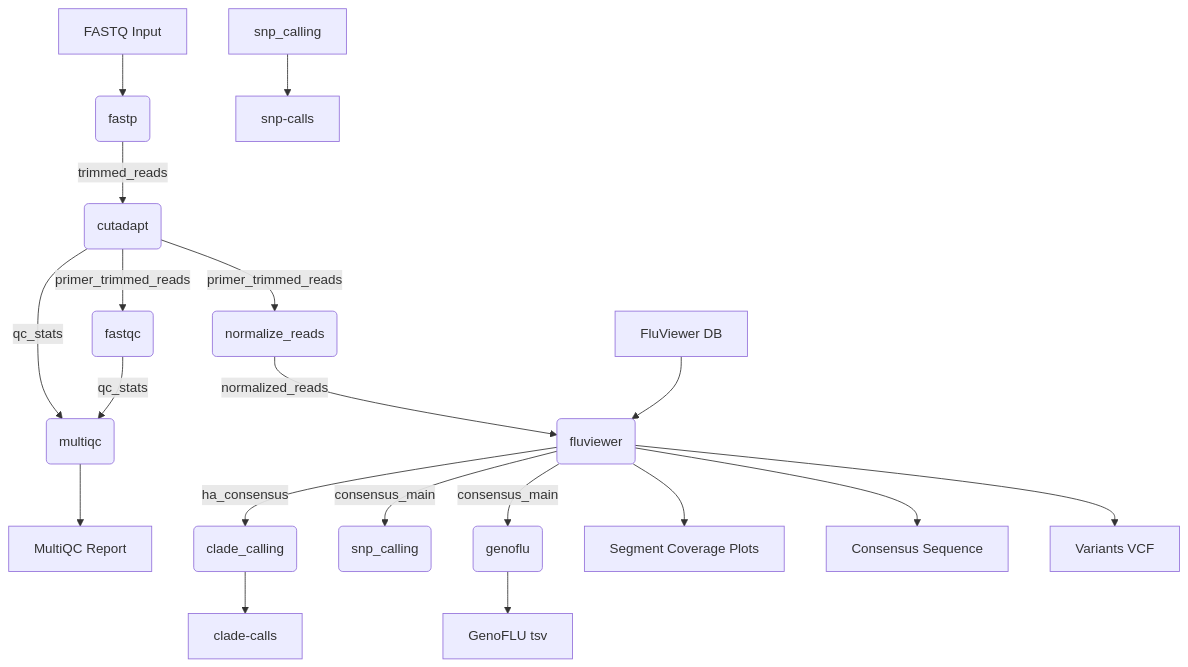
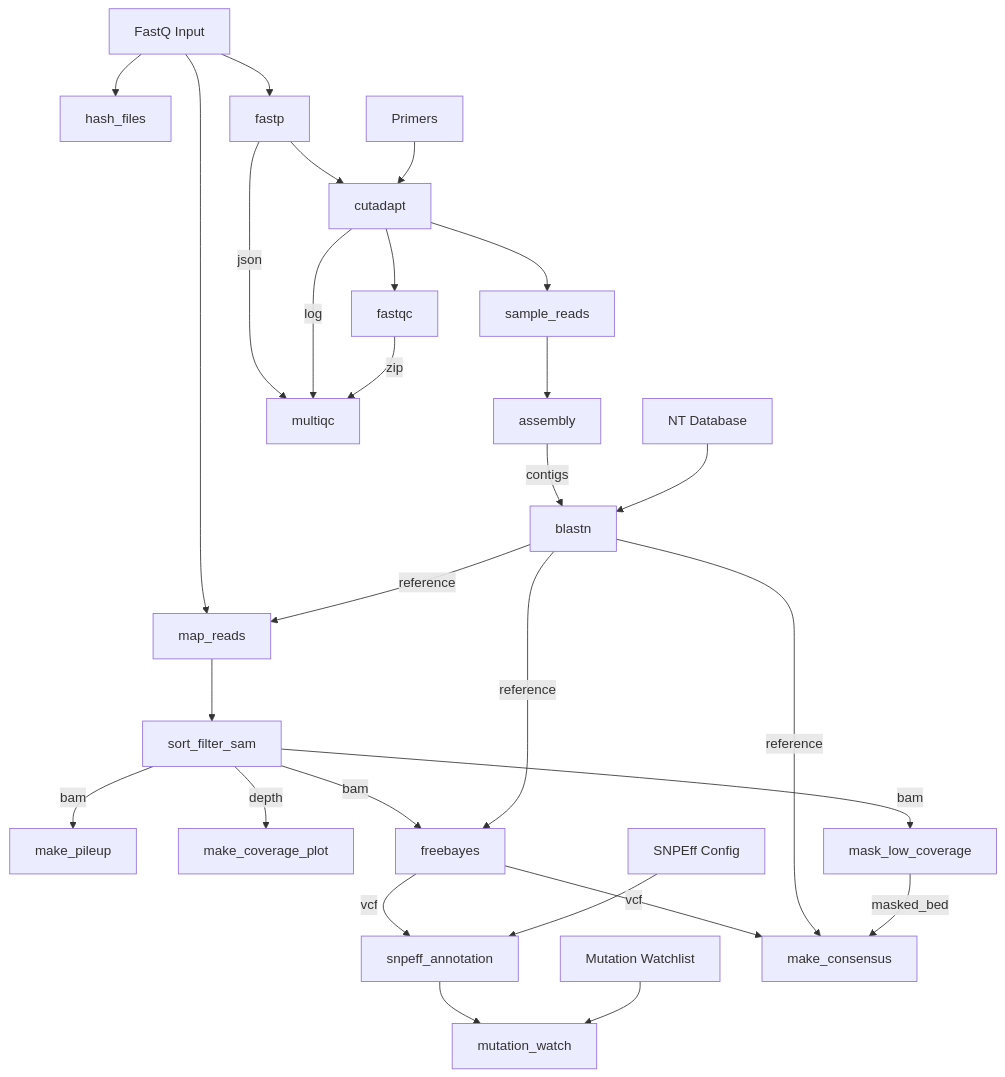
One commit to BCCDC-PHL/fluviewer-nf changed the diagram in README.md. Above: the diagram before and after it, drawn with Mermaid. The commit also changed other lines of this file, not shown here.

````diff
--- a/README.md
+++ b/README.md
@@ -20,21 +17,40 @@
 ```mermaid
 flowchart TD
-  fastq_input[FASTQ Input] --> fastp(fastp)
-  fastp -- trimmed_reads --> cutadapt(cutadapt)
-  cutadapt -- qc_stats --> multiqc(multiqc)
-  cutadapt -- primer_trimmed_reads --> fastqc(fastqc)
-  fastqc -- qc_stats --> multiqc
-  multiqc --> multiqc_report[MultiQC Report]
-  cutadapt -- primer_trimmed_reads --> normalize_reads(normalize_reads)
-  normalize_reads -- normalized_reads --> fluviewer(fluviewer)
-  fluviewer_db[FluViewer DB] --> fluviewer
-  fluviewer  -- ha_consensus --> clade_calling(clade_calling)
-  clade_calling --> clade_calls[clade-calls]
-  fluviewer -- consensus_main --> snp_caling(snp_calling)
-  snp_calling --> snp_calls[snp-calls]
-  fluviewer -- consensus_main --> genoflu(genoflu)
-  fluviewer -->  segment_coverage_plots[Segment Coverage Plots]
-  fluviewer --> consensus_sequence[Consensus Sequence]
-  fluviewer --> variants[Variants VCF]
-  genoflu --> genoflu_tsv[GenoFLU tsv]
+    %% Input channels and initial processes
+    input[FastQ Input] --> hash[hash_files]
+    input --> fastp
+    fastp --> cutadapt
+    primers[Primers] --> cutadapt
+    cutadapt --> fastqc
+    cutadapt --> sample_reads
+    sample_reads --> assembly
+
+    %% MultiQC inputs
+    fastp -- json --> multiqc
+    cutadapt -- log --> multiqc
+    fastqc -- zip --> multiqc
+
+    %% Reference mapping and variant calling
+    assembly -- contigs --> blastn
+    nt_db[NT Database] --> blastn
+    input --> map_reads
+    blastn -- reference --> map_reads
+    map_reads --> sort_filter_sam
+    sort_filter_sam -- bam --> make_pileup
+    sort_filter_sam -- depth --> make_coverage_plot
+    sort_filter_sam -- bam --> freebayes
+    blastn -- reference --> freebayes
+    
+    %% SNPEff annotation
+    freebayes -- vcf --> snpeff_annotation
+    snpeff_config[SNPEff Config] --> snpeff_annotation
+    snpeff_annotation --> mutation_watch
+    mutation_watchlist[Mutation Watchlist] --> mutation_watch
+
+    %% Consensus generation
+    sort_filter_sam -- bam --> mask_low_coverage
+    freebayes -- vcf --> make_consensus
+    blastn -- reference --> make_consensus
+    mask_low_coverage -- masked_bed --> make_consensus
+
 ```
````
